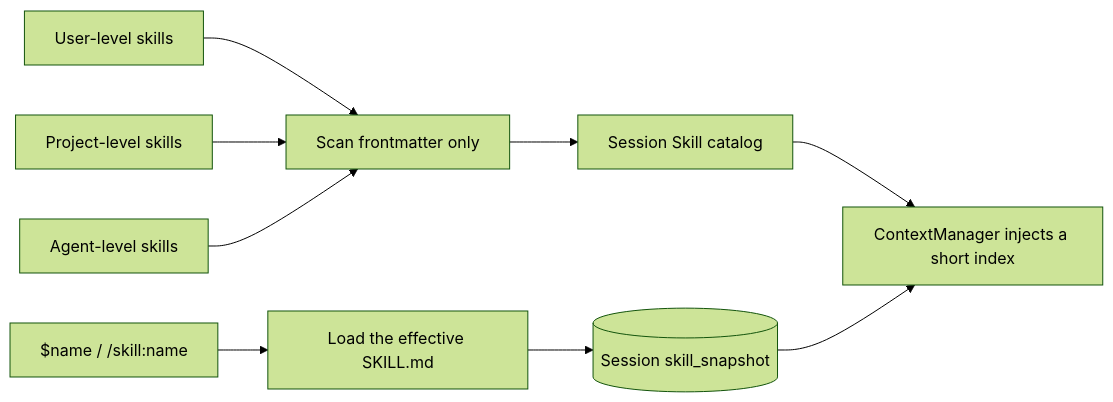
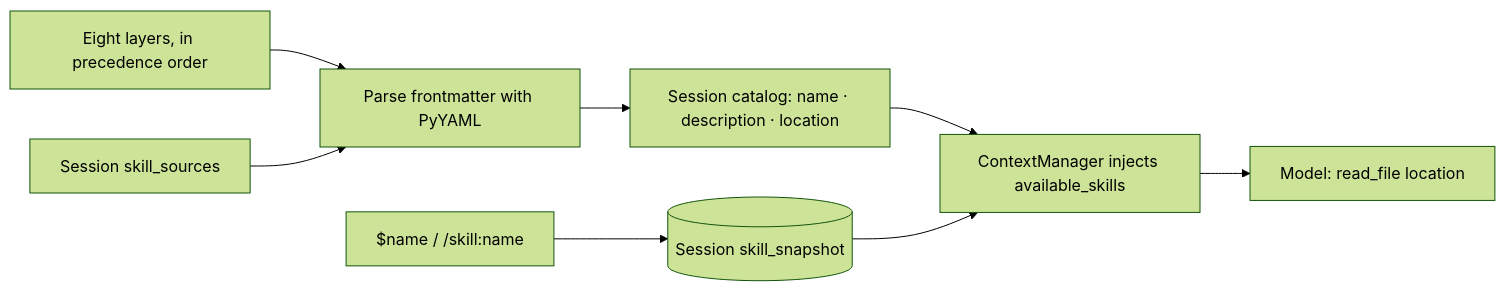
One commit to Azzurroooo/rind changed the diagram in docs/internals/02-context/skills.md. Above: the diagram before and after it, drawn with Mermaid (forest theme). The commit also changed other lines of this file and 10 other files, not shown here.

First line of the commit message:
docs(skills): document skill layers, /import and reading skills as files

```diff
--- a/docs/internals/02-context/skills.md
+++ b/docs/internals/02-context/skills.md
@@ -7,11 +7,10 @@
 ~~~mermaid
 flowchart LR
-    U["User-level skills"] --> SCAN["Scan frontmatter only"]
-    P["Project-level skills"] --> SCAN
-    A["Agent-level skills"] --> SCAN
-    SCAN --> INDEX["Session Skill catalog"]
-    INDEX --> CM["ContextManager injects a short index"]
-    CALL["$name / /skill:name"] --> LOAD["Load the effective SKILL.md"]
-    LOAD --> SNAP[("Session skill_snapshot")]
+    LAYERS["Eight layers, in precedence order"] --> SCAN["Parse frontmatter with PyYAML"]
+    IMPORTS["Session skill_sources"] --> SCAN
+    SCAN --> INDEX["Session catalog: name · description · location"]
+    INDEX --> CM["ContextManager injects available_skills"]
+    CM --> READ["Model: read_file location"]
+    CALL["$name / /skill:name"] --> SNAP[("Session skill_snapshot")]
     SNAP --> CM
 ~~~
```
